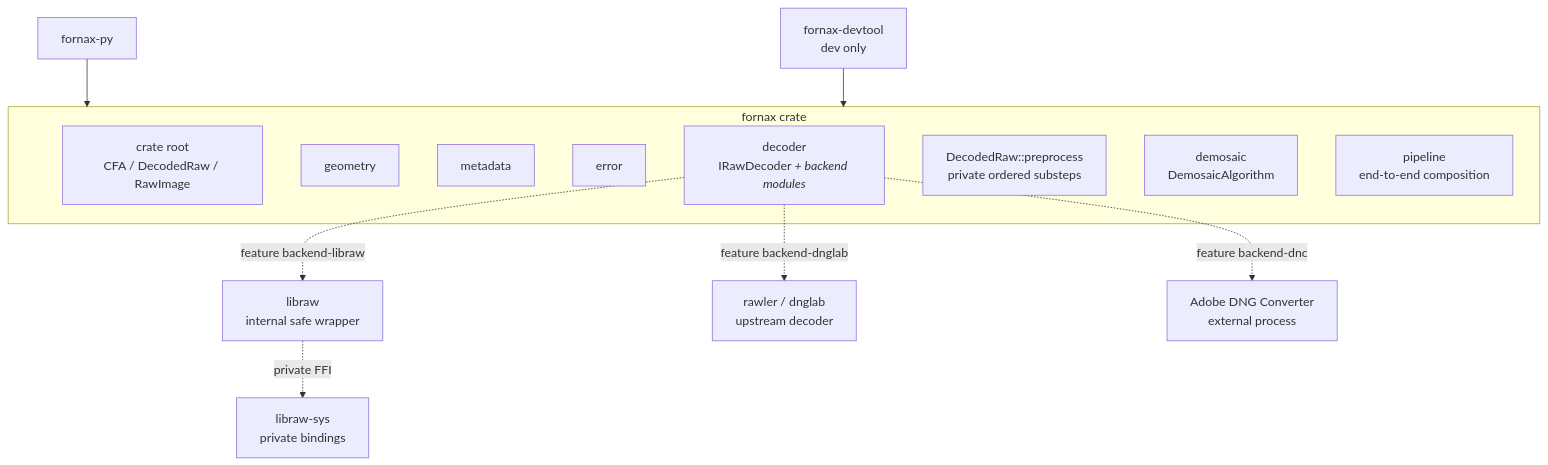
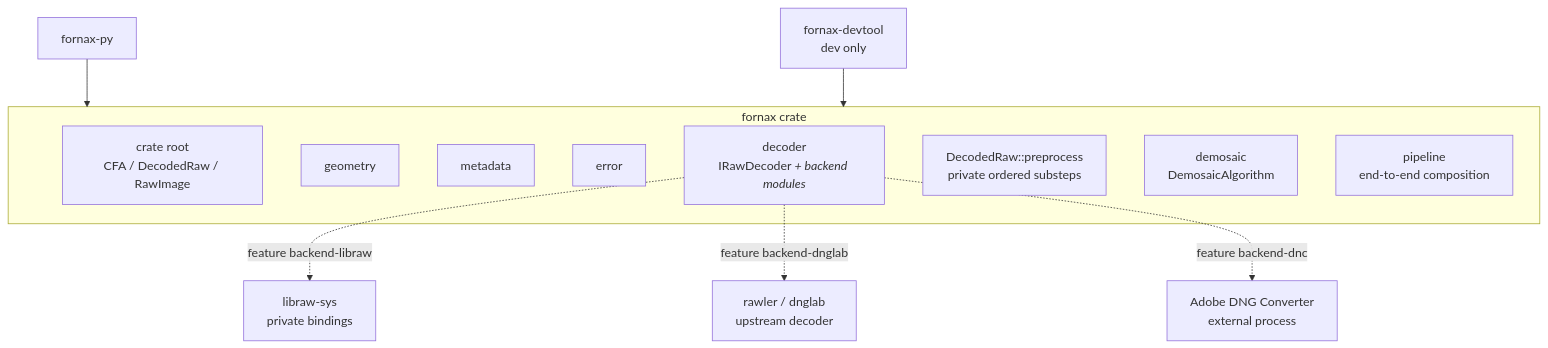
Before and after one commit to Glatzel/fornax: the diagram in docs/raw-pipeline/architecture.md, drawn with Mermaid. The commit also changed other lines of this file and 42 other files, not shown here.

First line of the commit message:
refactor(impl-dec-003): absorb libraw into fornax decoder

````diff
--- a/docs/raw-pipeline/architecture.md
+++ b/docs/raw-pipeline/architecture.md
@@ -13,20 +13,19 @@
 ```mermaid
 flowchart TB
     subgraph Fornax["fornax crate"]
         Model["crate root\nCFA / DecodedRaw / RawImage"]
         Geometry["geometry"]
         Metadata["metadata"]
         Error["error"]
         Decoder["decoder\nIRawDecoder<I> + backend modules"]
         Preprocess["DecodedRaw::preprocess\nprivate ordered substeps"]
         Demosaic["demosaic\nDemosaicAlgorithm"]
         Pipeline["pipeline\nend-to-end composition"]
     end
 
-    Decoder -. feature backend-libraw .-> LibRaw["libraw\ninternal safe wrapper"]
-    LibRaw -. private FFI .-> LibRawSys["libraw-sys\nprivate bindings"]
+    Decoder -. feature backend-libraw .-> LibRawSys["libraw-sys\nprivate bindings"]
     Decoder -. feature backend-dnglab .-> Rawler["rawler / dnglab\nupstream decoder"]
     Decoder -. feature backend-dnc .-> DNC["Adobe DNG Converter\nexternal process"]
     Python["fornax-py"] --> Fornax
     Dev["fornax-devtool\ndev only"] --> Fornax
 ```
````
